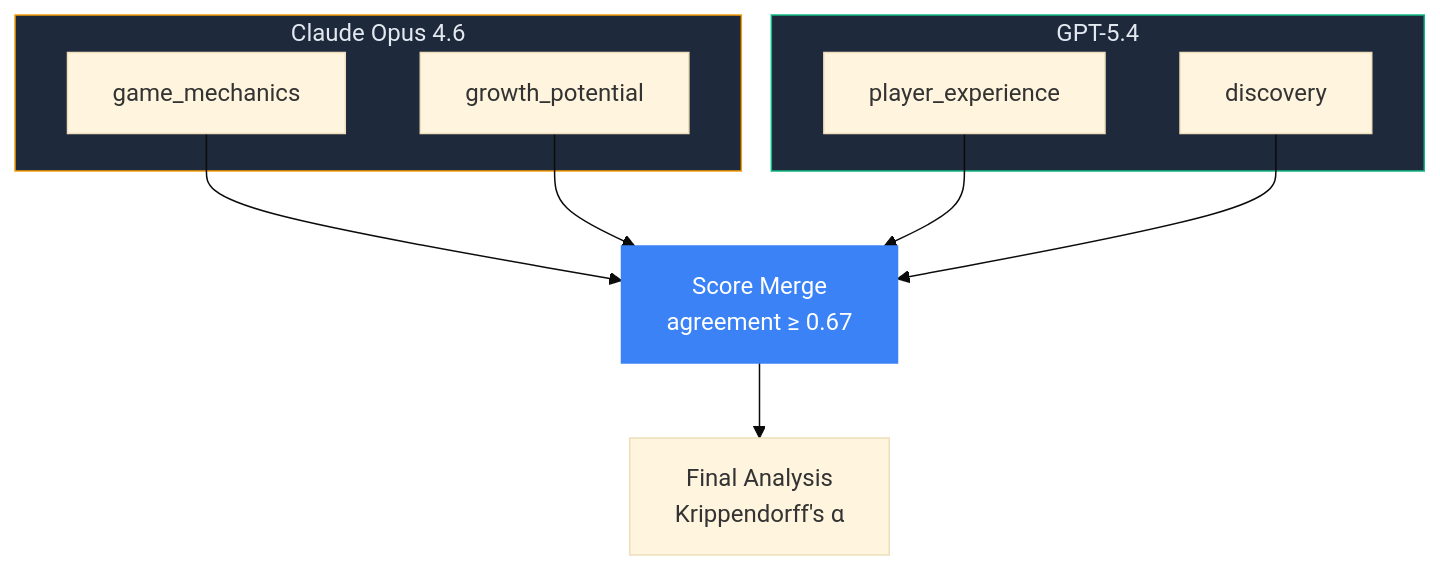
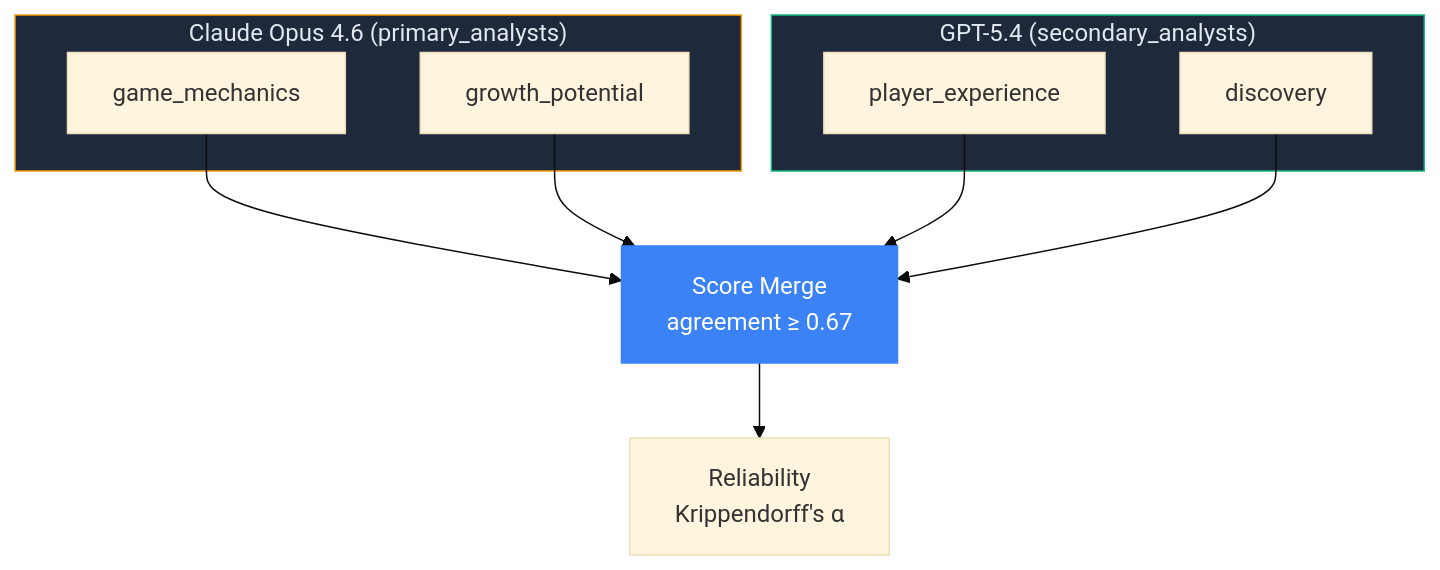
The fourth of 12 diagrams in README.md (mangowhoiscloud/geode), drawn with Mermaid (base theme) before and after one commit. The commit also changed other lines of this file, not shown here.

First line of the commit message:
docs: fix mermaid accuracy + add 8 missing feature sections

````diff
--- a/README.md
+++ b/README.md
@@ -160,22 +162,22 @@
 ```mermaid
 graph TB
-    subgraph Primary["Claude Opus 4.6"]
+    subgraph Primary["Claude Opus 4.6 (primary_analysts)"]
         GM["game_mechanics"]
         GP["growth_potential"]
     end
 
-    subgraph Secondary["GPT-5.4"]
+    subgraph Secondary["GPT-5.4 (secondary_analysts)"]
         PE["player_experience"]
         DI["discovery"]
     end
 
     GM --> Merge["Score Merge<br/>agreement ≥ 0.67"]
     GP --> Merge
     PE --> Merge
     DI --> Merge
-    Merge --> Final["Final Analysis<br/>Krippendorff's α"]
+    Merge --> Final["Reliability<br/>Krippendorff's α"]
 
     style Primary fill:#1e293b,stroke:#f59e0b,color:#e2e8f0
     style Secondary fill:#1e293b,stroke:#10b981,color:#e2e8f0
     style Merge fill:#3b82f6,stroke:#3b82f6,color:#fff
 ```
````
